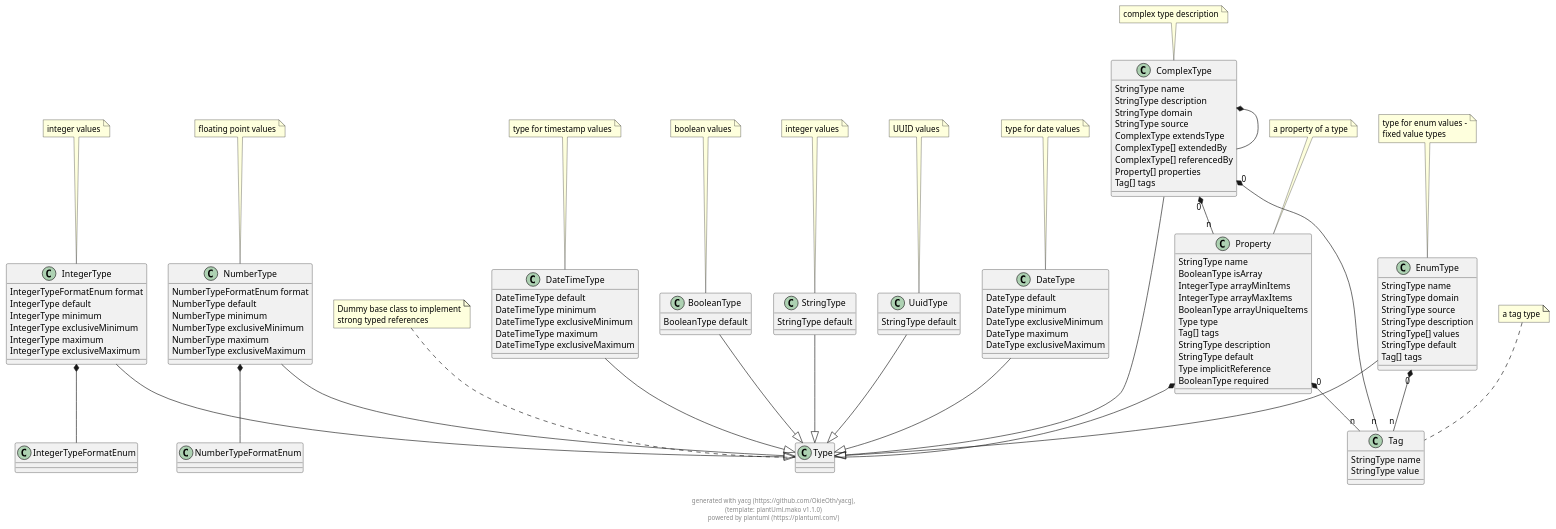
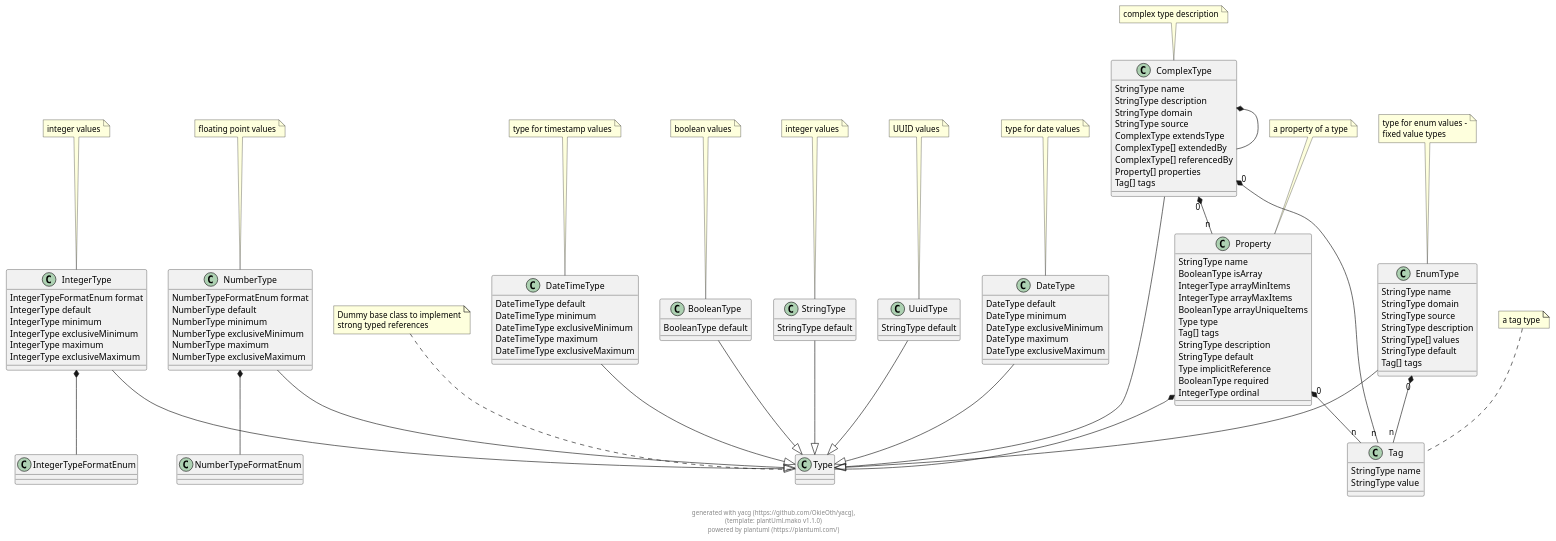
The diagram in docs/puml/yacg_model.puml (OkieOth/yacg), drawn with PlantUML before and after one commit. The commit also changed 3 other files, not shown here.

```diff
--- a/docs/puml/yacg_model.puml
+++ b/docs/puml/yacg_model.puml
@@ -2,167 +2,168 @@
 @startuml
 
 class Type {
 }
  
 note top: Dummy base class to implement\nstrong typed references
 
 class IntegerType {
     IntegerTypeFormatEnum format 
     IntegerType default 
     IntegerType minimum 
     IntegerType exclusiveMinimum 
     IntegerType maximum 
     IntegerType exclusiveMaximum 
 }
  
 note top: integer values
 
 IntegerType --|> Type
 class IntegerTypeFormatEnum {
 }
  
 
 class NumberType {
     NumberTypeFormatEnum format 
     NumberType default 
     NumberType minimum 
     NumberType exclusiveMinimum 
     NumberType maximum 
     NumberType exclusiveMaximum 
 }
  
 note top: floating point values
 
 NumberType --|> Type
 class NumberTypeFormatEnum {
 }
  
 
 class BooleanType {
     BooleanType default 
 }
  
 note top: boolean values
 
 BooleanType --|> Type
 class StringType {
     StringType default 
 }
  
 note top: integer values
 
 StringType --|> Type
 class UuidType {
     StringType default 
 }
  
 note top: UUID values
 
 UuidType --|> Type
 class EnumType {
     StringType name 
     StringType domain 
     StringType source 
     StringType description 
     StringType[] values 
     StringType default 
     Tag[] tags 
 }
  
 note top: type for enum values -\nfixed value types
 
 EnumType --|> Type
 class Tag {
     StringType name 
     StringType value 
 }
  
 note top: a tag type
 
 class DateType {
     DateType default 
     DateType minimum 
     DateType exclusiveMinimum 
     DateType maximum 
     DateType exclusiveMaximum 
 }
  
 note top: type for date values
 
 DateType --|> Type
 class DateTimeType {
     DateTimeType default 
     DateTimeType minimum 
     DateTimeType exclusiveMinimum 
     DateTimeType maximum 
     DateTimeType exclusiveMaximum 
 }
  
 note top: type for timestamp values
 
 DateTimeType --|> Type
 class ComplexType {
     StringType name 
     StringType description 
     StringType domain 
     StringType source 
     ComplexType extendsType 
     ComplexType[] extendedBy 
     ComplexType[] referencedBy 
     Property[] properties 
     Tag[] tags 
 }
  
 note top: complex type description
 
 ComplexType --|> Type
 class Property {
     StringType name 
     BooleanType isArray 
     IntegerType arrayMinItems 
     IntegerType arrayMaxItems 
     BooleanType arrayUniqueItems 
     Type type 
     Tag[] tags 
     StringType description 
     StringType default 
     Type implicitReference 
     BooleanType required 
+    IntegerType ordinal 
 }
  
 note top: a property of a type
 
 
     
     
 IntegerType  *--  IntegerTypeFormatEnum        
             
     
     
 NumberType  *--  NumberTypeFormatEnum        
             
     
     
     
     
     
 EnumType "0" *-- "n" Tag        
             
     
     
     
     
 ComplexType  *--  ComplexType        
             
 ComplexType "0" *-- "n" Property        
             
 ComplexType "0" *-- "n" Tag        
             
     
 Property  *--  Type        
             
 Property "0" *-- "n" Tag        
             
 
 footer \ngenerated with yacg (https://github.com/OkieOth/yacg),\n(template: plantUml.mako v1.1.0)\npowered by plantuml (https://plantuml.com/)
 @enduml
```
